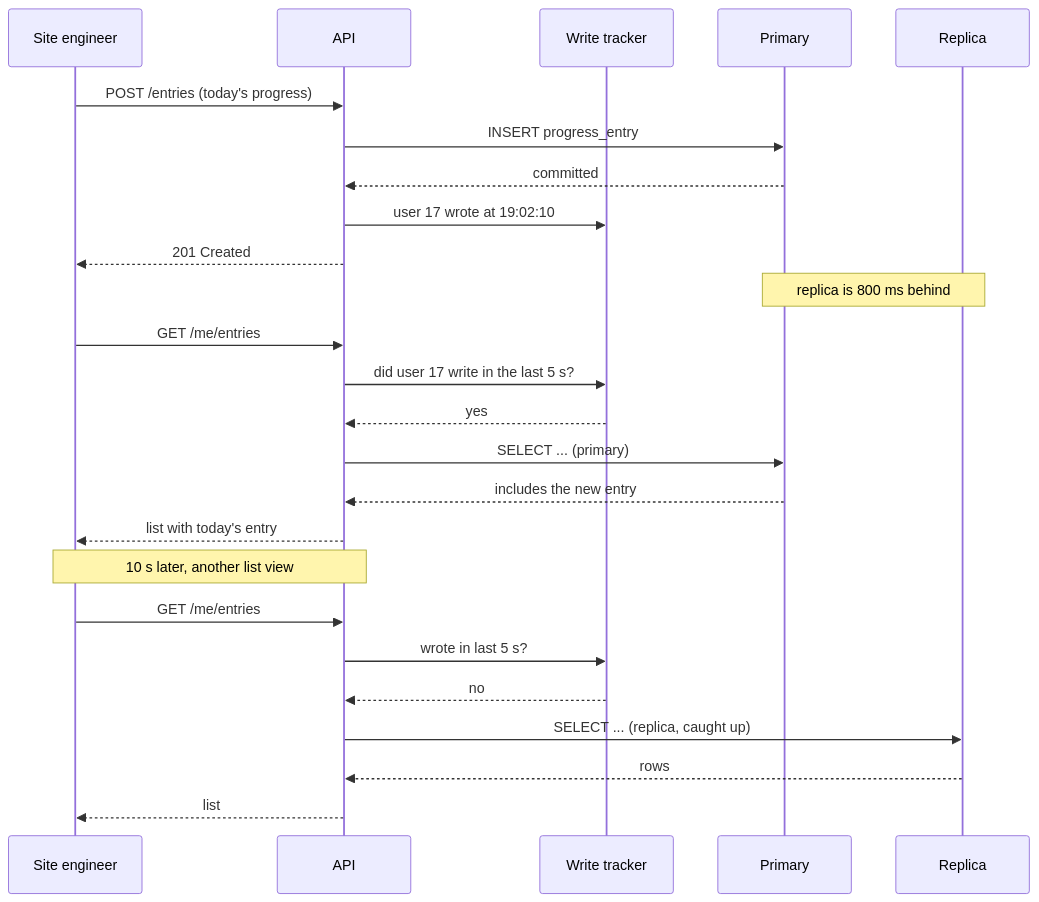
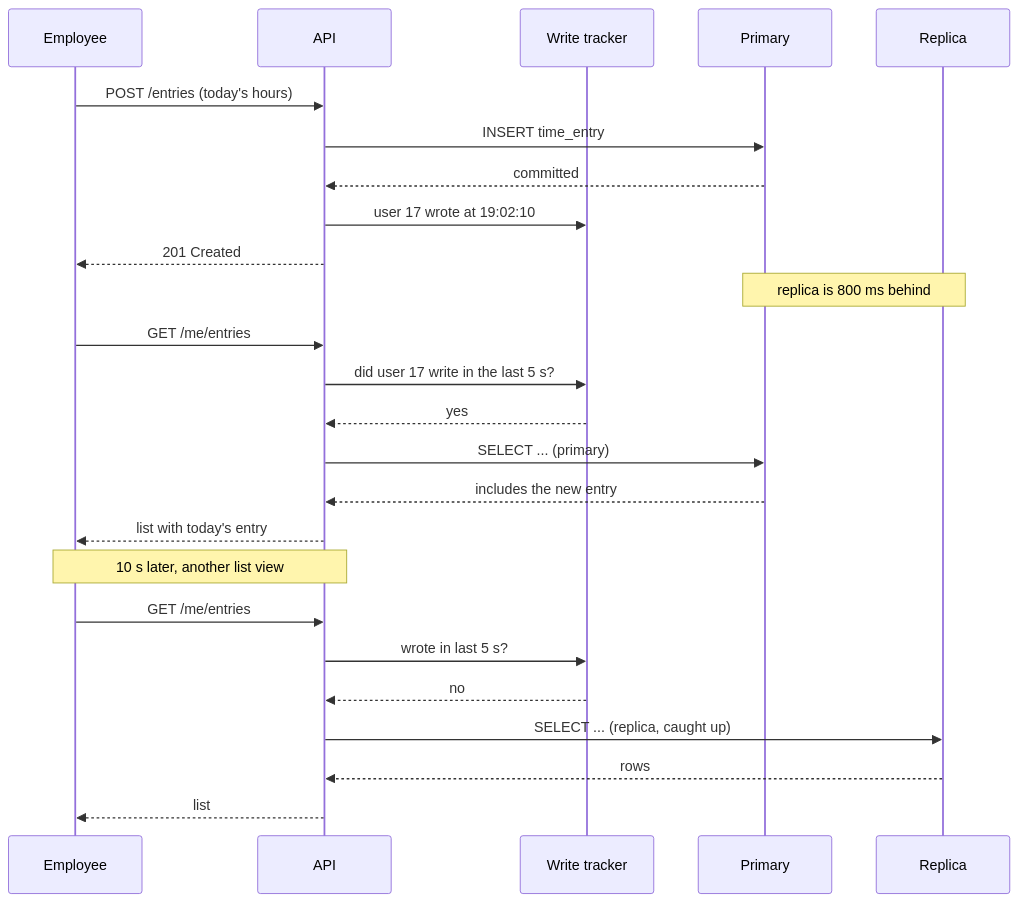
Before and after one commit to rizwi0786/system-design-lab: the second of 2 diagrams in content/lessons/m11/m11-database-architecture.md, drawn with Mermaid. The commit also changed other lines of this file and 334 other files, not shown here.

````diff
--- a/content/lessons/m11/m11-database-architecture.md
+++ b/content/lessons/m11/m11-database-architecture.md
@@ -244,27 +244,27 @@
 ```mermaid
 sequenceDiagram
-    participant E as Site engineer
+    participant E as Employee
     participant A as API
     participant T as Write tracker
     participant P as Primary
     participant R as Replica
-    E->>A: POST /entries (today's progress)
-    A->>P: INSERT progress_entry
+    E->>A: POST /entries (today's hours)
+    A->>P: INSERT time_entry
     P-->>A: committed
     A->>T: user 17 wrote at 19:02:10
     A-->>E: 201 Created
     Note over P,R: replica is 800 ms behind
     E->>A: GET /me/entries
     A->>T: did user 17 write in the last 5 s?
     T-->>A: yes
     A->>P: SELECT ... (primary)
     P-->>A: includes the new entry
     A-->>E: list with today's entry
     Note over E,A: 10 s later, another list view
     E->>A: GET /me/entries
     A->>T: wrote in last 5 s?
     T-->>A: no
     A->>R: SELECT ... (replica, caught up)
     R-->>A: rows
     A-->>E: list
 ```
````
